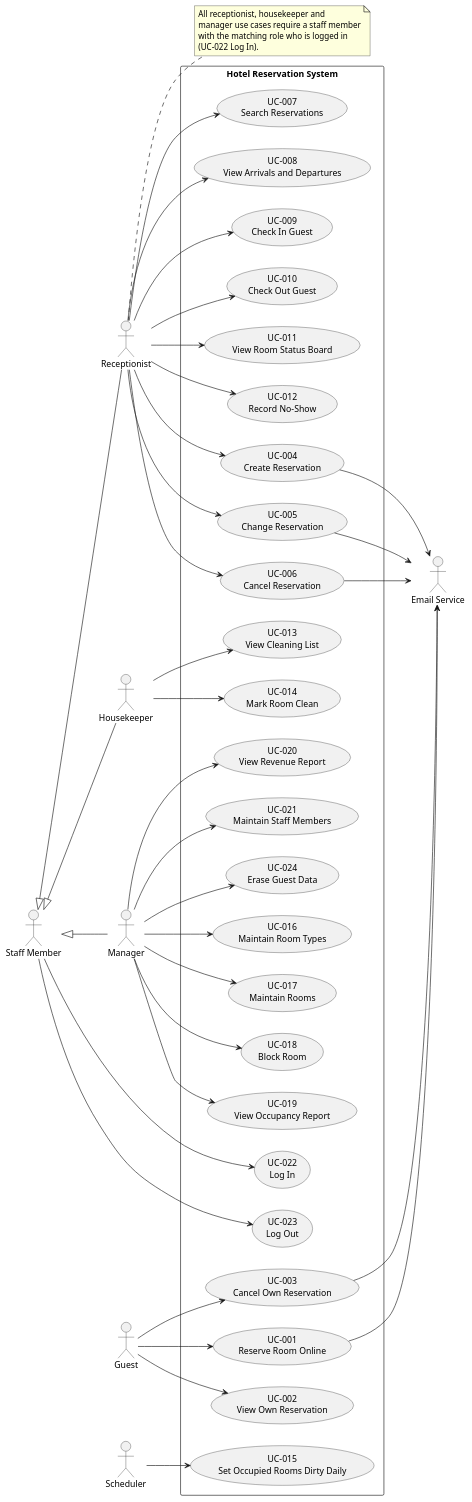
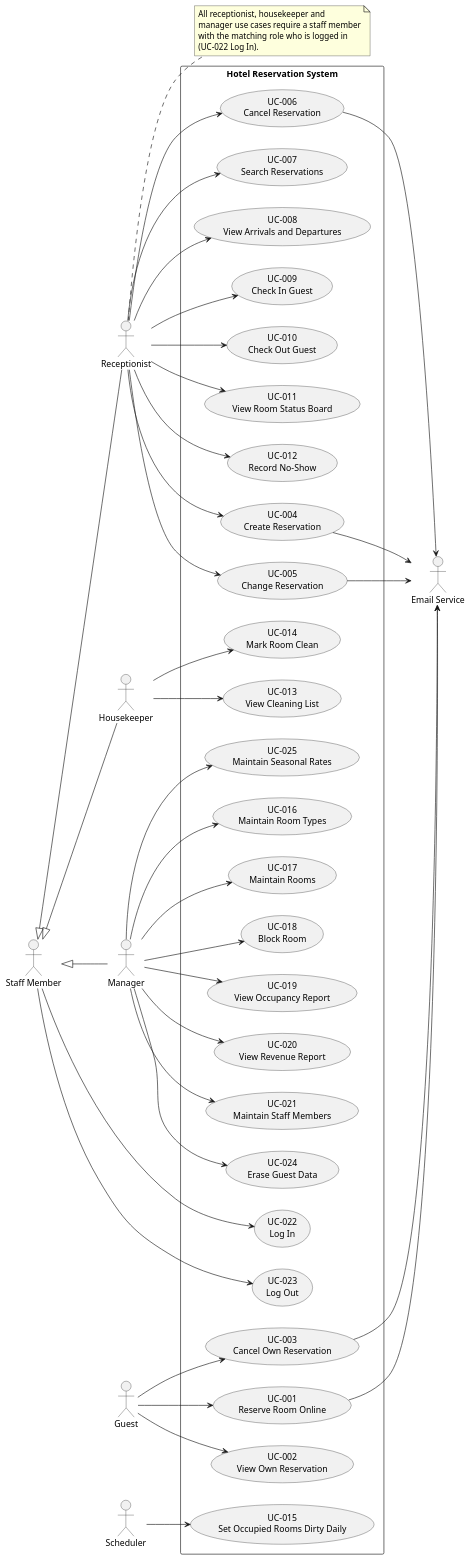
Before and after one commit to mmushfiq/sdd-lab: the diagram in docs/use_cases.puml, drawn with PlantUML. The commit also changed 10 other files, not shown here.

First line of the commit message:
Add use case specification UC-025 Maintain Seasonal Rates

```diff
--- a/docs/use_cases.puml
+++ b/docs/use_cases.puml
@@ -1,94 +1,96 @@
 @startuml Use Cases Overview
 left to right direction
 
 actor "Guest" as guest
 actor "Receptionist" as receptionist
 actor "Housekeeper" as housekeeper
 actor "Manager" as manager
 actor "Staff Member" as staff
 actor "Scheduler" as scheduler
 actor "Email Service" as email
 
 rectangle "Hotel Reservation System" {
     ' Guest (online, no login)
     usecase "UC-001\nReserve Room Online" as UC001
     usecase "UC-002\nView Own Reservation" as UC002
     usecase "UC-003\nCancel Own Reservation" as UC003
 
     ' Receptionist
     usecase "UC-004\nCreate Reservation" as UC004
     usecase "UC-005\nChange Reservation" as UC005
     usecase "UC-006\nCancel Reservation" as UC006
     usecase "UC-007\nSearch Reservations" as UC007
     usecase "UC-008\nView Arrivals and Departures" as UC008
     usecase "UC-009\nCheck In Guest" as UC009
     usecase "UC-010\nCheck Out Guest" as UC010
     usecase "UC-011\nView Room Status Board" as UC011
     usecase "UC-012\nRecord No-Show" as UC012
 
     ' Housekeeper
     usecase "UC-013\nView Cleaning List" as UC013
     usecase "UC-014\nMark Room Clean" as UC014
     usecase "UC-015\nSet Occupied Rooms Dirty Daily" as UC015
 
     ' Manager
     usecase "UC-016\nMaintain Room Types" as UC016
     usecase "UC-017\nMaintain Rooms" as UC017
     usecase "UC-018\nBlock Room" as UC018
     usecase "UC-019\nView Occupancy Report" as UC019
     usecase "UC-020\nView Revenue Report" as UC020
     usecase "UC-021\nMaintain Staff Members" as UC021
     usecase "UC-024\nErase Guest Data" as UC024
+    usecase "UC-025\nMaintain Seasonal Rates" as UC025
 
     ' Every staff member
     usecase "UC-022\nLog In" as UC022
     usecase "UC-023\nLog Out" as UC023
 }
 
 guest --> UC001
 guest --> UC002
 guest --> UC003
 
 receptionist --> UC004
 receptionist --> UC005
 receptionist --> UC006
 receptionist --> UC007
 receptionist --> UC008
 receptionist --> UC009
 receptionist --> UC010
 receptionist --> UC011
 receptionist --> UC012
 
 housekeeper --> UC013
 housekeeper --> UC014
 
 scheduler --> UC015
 
 manager --> UC016
 manager --> UC017
 manager --> UC018
 manager --> UC019
 manager --> UC020
 manager --> UC021
 manager --> UC024
+manager --> UC025
 
 receptionist -up-|> staff
 housekeeper -up-|> staff
 manager -up-|> staff
 staff --> UC022
 staff --> UC023
 
 UC001 --> email
 UC003 --> email
 UC004 --> email
 UC005 --> email
 UC006 --> email
 
 note right of receptionist
   All receptionist, housekeeper and
   manager use cases require a staff member
   with the matching role who is logged in
   (UC-022 Log In).
 end note
 
 @enduml
```
